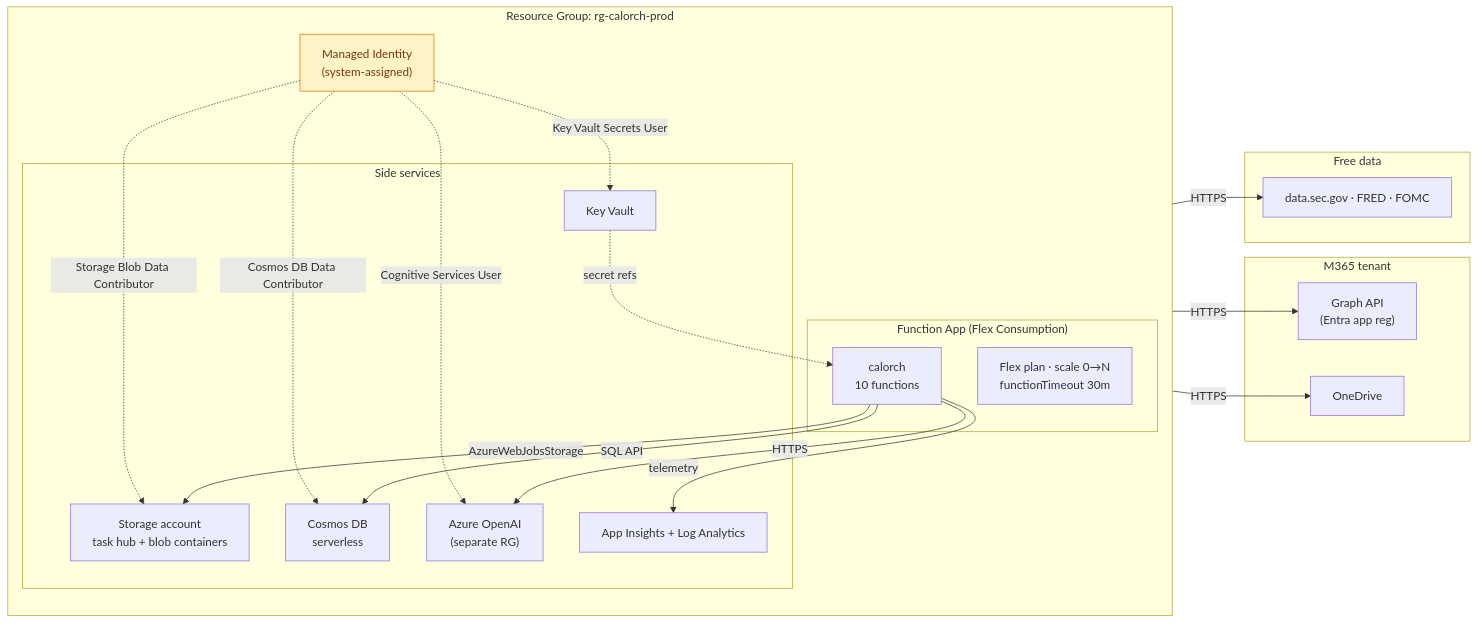
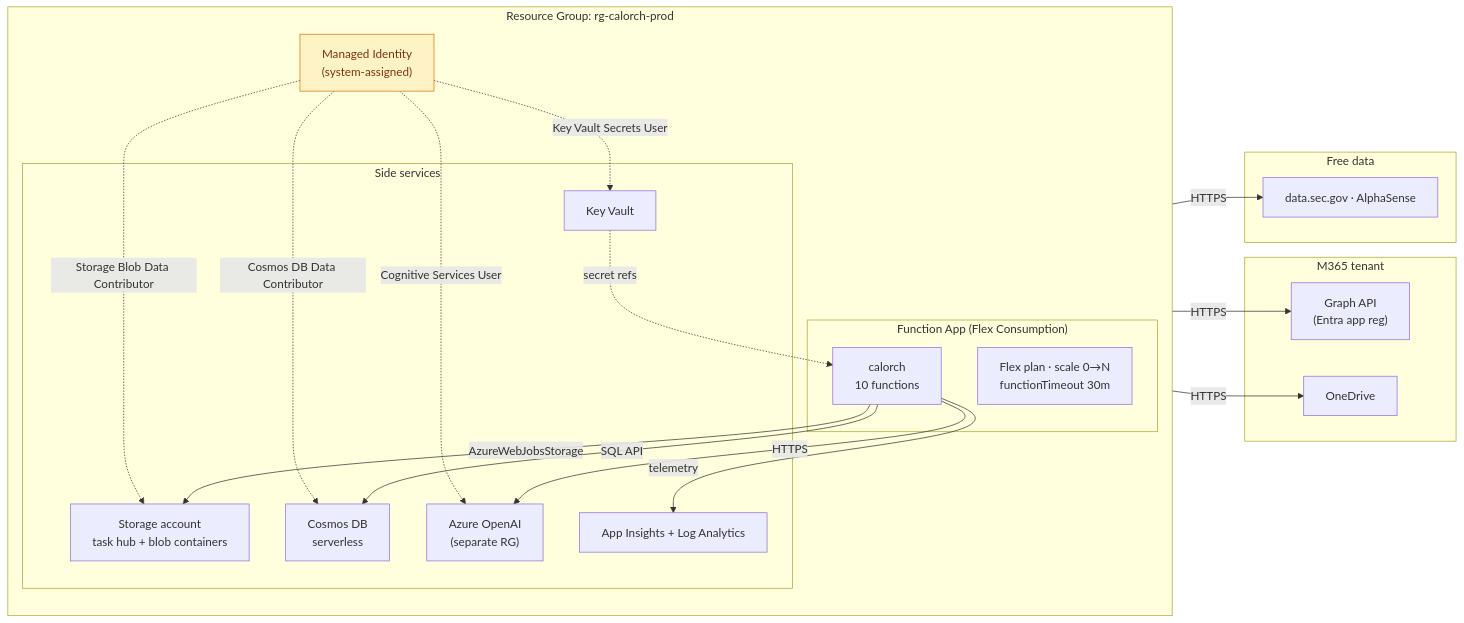
The fourth of 5 diagrams in docs/architecture.md (arun-8687/calorch), drawn with Mermaid before and after one commit. The commit also changed other lines of this file and 29 other files, not shown here.

First line of the commit message:
refactor: input pipeline uses only SEC EDGAR + AlphaSense

````diff
--- a/docs/architecture.md
+++ b/docs/architecture.md
@@ -262,43 +262,43 @@
 ```mermaid
 flowchart LR
     classDef rg fill:#EEF2FF,stroke:#4338CA,color:#312E81
     classDef role fill:#FEF3C7,stroke:#D97706,color:#78350F
 
     subgraph RG["Resource Group: rg-calorch-prod"]
         direction TB
         ID["Managed Identity<br/>(system-assigned)"]:::role
         subgraph APP["Function App (Flex Consumption)"]
             FUNC["calorch<br/>10 functions"]
             PLAN["Flex plan · scale 0→N<br/>functionTimeout 30m"]
         end
         subgraph SIDECAR["Side services"]
             STG["Storage account<br/>task hub + blob containers"]
             COSMOS["Cosmos DB<br/>serverless"]
             KV["Key Vault"]
             AI["App Insights + Log Analytics"]
             OAI["Azure OpenAI<br/>(separate RG)"]
         end
     end
 
     subgraph M365["M365 tenant"]
         GRAPH["Graph API<br/>(Entra app reg)"]
         OD["OneDrive"]
     end
 
     subgraph DATA["Free data"]
-        EDGAR["data.sec.gov · FRED · FOMC"]
+        EDGAR["data.sec.gov · AlphaSense"]
     end
 
     ID -.->|Storage Blob Data Contributor| STG
     ID -.->|Cosmos DB Data Contributor| COSMOS
     ID -.->|Cognitive Services User| OAI
     ID -.->|Key Vault Secrets User| KV
     FUNC -->|AzureWebJobsStorage| STG
     FUNC -->|HTTPS| GRAPH
     FUNC -->|HTTPS| OD
     FUNC -->|HTTPS| EDGAR
     FUNC -->|HTTPS| OAI
     FUNC -->|SQL API| COSMOS
     FUNC -->|telemetry| AI
     KV -.->|secret refs| FUNC
 ```
````
